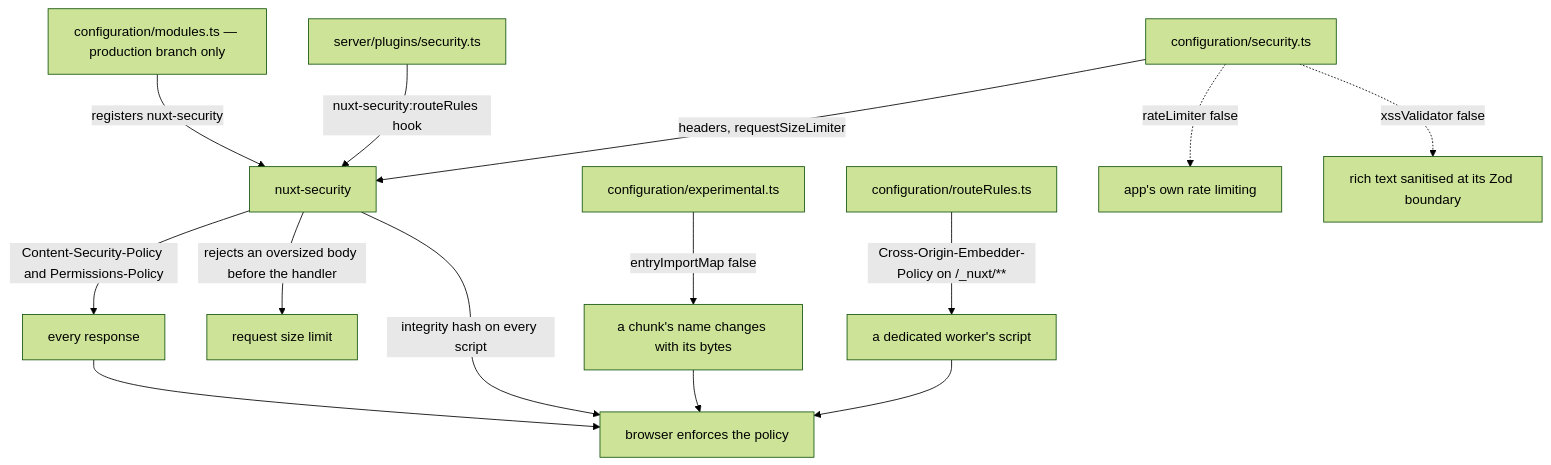
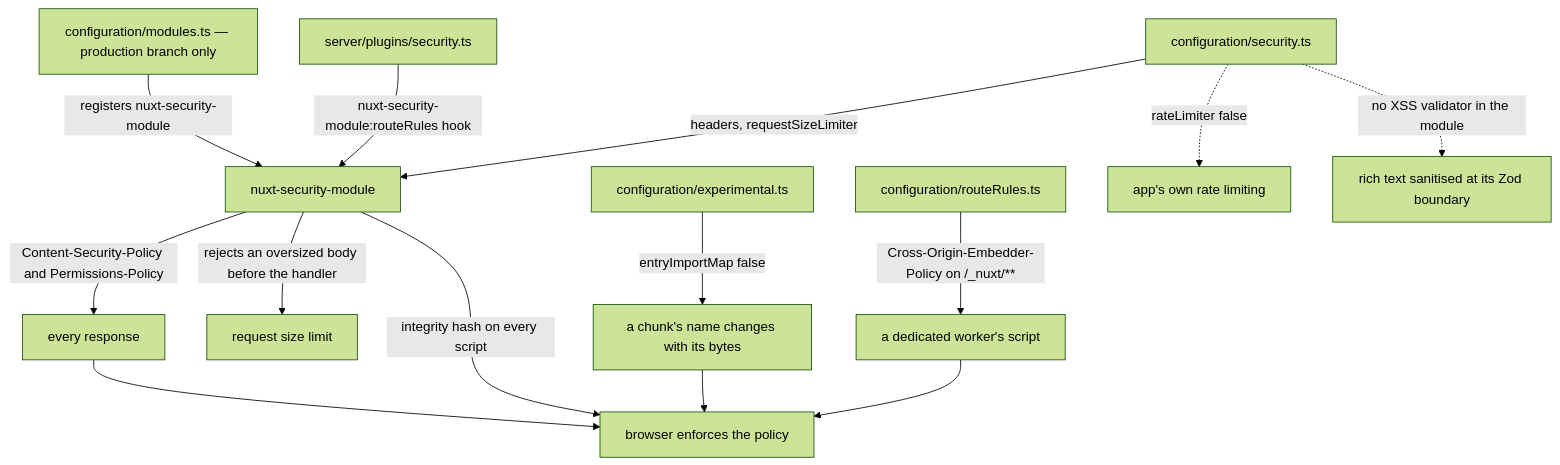
One commit to Esposter/Esposter changed the diagram in apps/web/content/docs/architecture/security-posture.md. Above: the diagram before and after it, drawn with Mermaid (forest theme). The commit also changed other lines of this file and 18 other files, not shown here.

First line of the commit message:
chore: nuxt-security is gone from the catalog, the app's manifest and knip, and its patch and workarounds with it

````diff
--- a/apps/web/content/docs/architecture/security-posture.md
+++ b/apps/web/content/docs/architecture/security-posture.md
@@ -14,16 +14,16 @@
 ```mermaid
 flowchart TD
-  modules["configuration/modules.ts — production branch only"] -->|"registers nuxt-security"| module["nuxt-security"]
+  modules["configuration/modules.ts — production branch only"] -->|"registers nuxt-security-module"| module["nuxt-security-module"]
   config["configuration/security.ts"] -->|"headers, requestSizeLimiter"| module
-  plugin["server/plugins/security.ts"] -->|"nuxt-security:routeRules hook"| module
+  plugin["server/plugins/security.ts"] -->|"nuxt-security-module:routeRules hook"| module
   module -->|"Content-Security-Policy and Permissions-Policy"| response["every response"]
   module -->|"rejects an oversized body before the handler"| upload["request size limit"]
   response --> browser["browser enforces the policy"]
   module -->|"integrity hash on every script"| browser
   experimental["configuration/experimental.ts"] -->|"entryImportMap false"| names["a chunk's name changes with its bytes"]
   names --> browser
   rules["configuration/routeRules.ts"] -->|"Cross-Origin-Embedder-Policy on /_nuxt/**"| worker["a dedicated worker's script"]
   worker --> browser
   config -.->|"rateLimiter false"| rate["app's own rate limiting"]
-  config -.->|"xssValidator false"| xss["rich text sanitised at its Zod boundary"]
+  config -.->|"no XSS validator in the module"| xss["rich text sanitised at its Zod boundary"]
 ```
````
